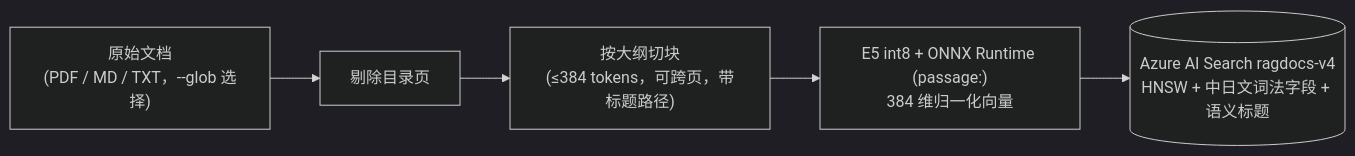
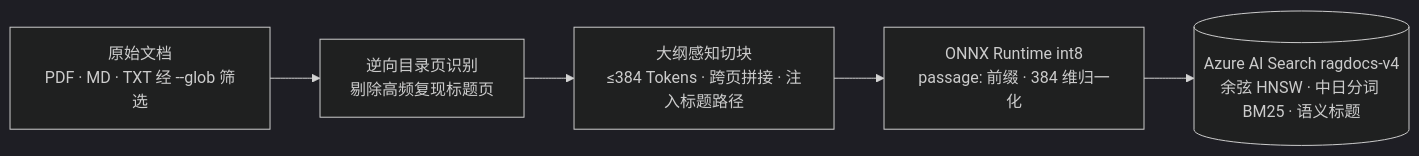
Before and after one commit to workHMZ/aca-ghcr-cicd-lab: the fifth of 9 diagrams in README.md, drawn with Mermaid (dark theme). The commit also changed other lines of this file and 1 other file, not shown here.

````diff
--- a/README.md
+++ b/README.md
@@ -383,7 +392,7 @@
 ```mermaid
 flowchart LR
-    Docs["原始文档<br/>(PDF / MD / TXT，--glob 选择)"] --> TOC["剔除目录页"]
-    TOC --> Chunk["按大纲切块<br/>(≤384 tokens，可跨页，带标题路径)"]
-    Chunk --> Embed["E5 int8 + ONNX Runtime (passage:)<br/>384 维归一化向量"]
-    Embed --> Index[("Azure AI Search ragdocs-v4<br/>HNSW + 中日文词法字段 + 语义标题")]
+    Docs["原始文档<br/>PDF · MD · TXT 经 --glob 筛选"] --> TOC["逆向目录页识别<br/>剔除高频复现标题页"]
+    TOC --> Chunk["大纲感知切块<br/>≤384 Tokens · 跨页拼接 · 注入标题路径"]
+    Chunk --> Embed["ONNX Runtime int8<br/>passage: 前缀 · 384 维归一化"]
+    Embed --> Index[("Azure AI Search ragdocs-v4<br/>余弦 HNSW · 中日分词 BM25 · 语义标题")]
 ```
````
